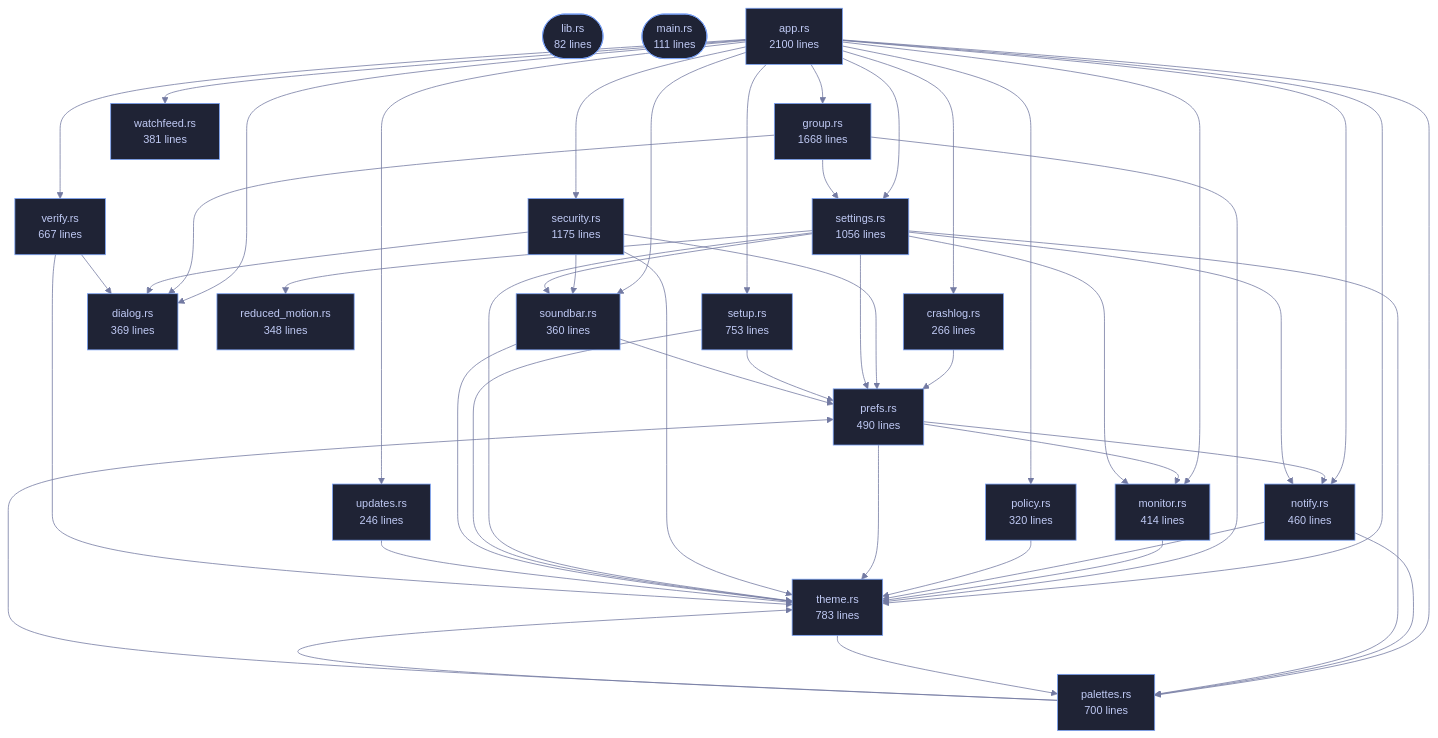
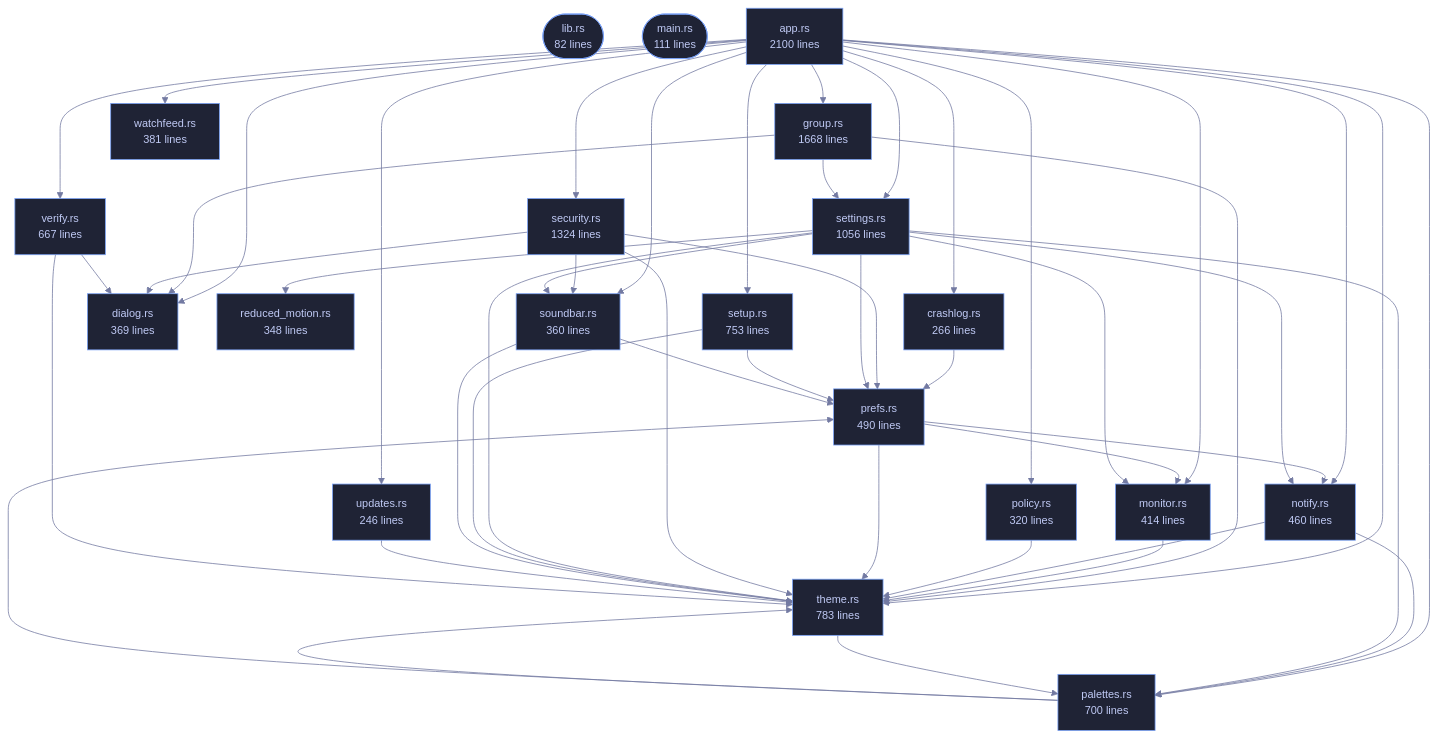
The diagram in crates/veilvoice-gui/README.md (tilas01/veilvoice), drawn with Mermaid before and after one commit. The commit also changed other lines of this file and 57 other files, not shown here.

```diff
--- a/crates/veilvoice-gui/README.md
+++ b/crates/veilvoice-gui/README.md
@@ -106,7 +106,7 @@
     n_policy["policy.rs<br/>320 lines"]
     n_prefs["prefs.rs<br/>490 lines"]
     n_reduced_motion["reduced_motion.rs<br/>348 lines"]
-    n_security["security.rs<br/>1175 lines"]
+    n_security["security.rs<br/>1324 lines"]
     n_settings["settings.rs<br/>1056 lines"]
     n_setup["setup.rs<br/>753 lines"]
     n_soundbar["soundbar.rs<br/>360 lines"]
```
